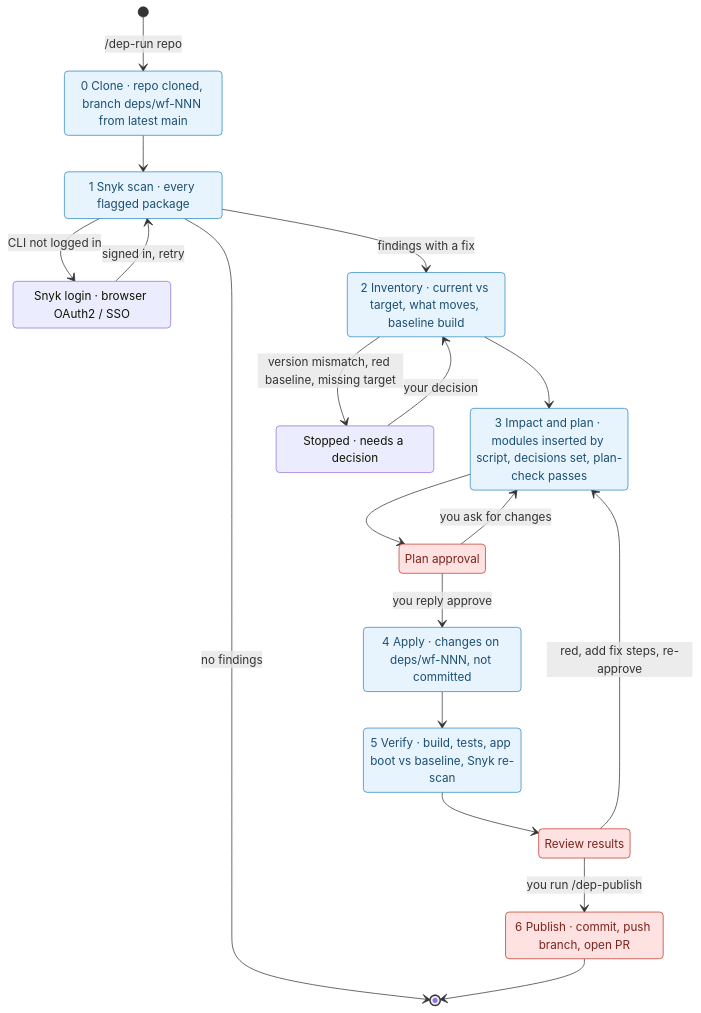
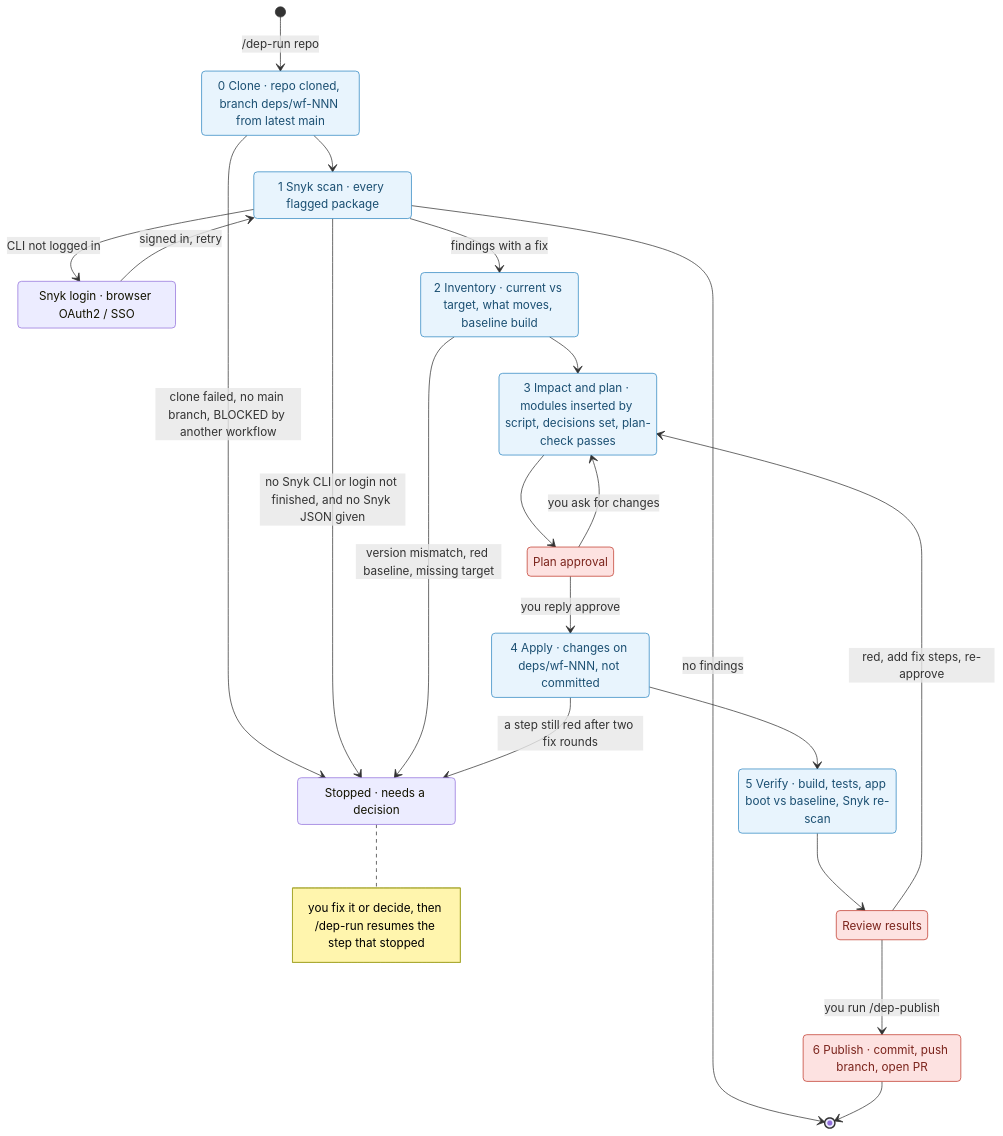
The second of 7 diagrams in docs/ARCHITECTURE.md (elinasarvari/snyk-update-package), drawn with Mermaid before and after one commit. The commit also changed other lines of this file, not shown here.

First line of the commit message:
Docs: /dep-run flow in ARCHITECTURE.md

````diff
--- a/docs/ARCHITECTURE.md
+++ b/docs/ARCHITECTURE.md
@@ -51,38 +52,41 @@
 ```mermaid
 stateDiagram-v2
     direction TB
     [*] --> Clone: /dep-run repo
     Clone: 0 Clone · repo cloned, branch deps/wf-NNN from latest main
     Scan: 1 Snyk scan · every flagged package
     Login: Snyk login · browser OAuth2 / SSO
     Inventory: 2 Inventory · current vs target, what moves, baseline build
     Analyze: 3 Impact and plan · modules inserted by script, decisions set, plan-check passes
     Approve: Plan approval
     Apply: 4 Apply · changes on deps/wf-NNN, not committed
     Verify: 5 Verify · build, tests, app boot vs baseline, Snyk re-scan
     Review: Review results
     Publish: 6 Publish · commit, push branch, open PR
     Blocked: Stopped · needs a decision
 
     Clone --> Scan
+    Clone --> Blocked: clone failed, no main branch, BLOCKED by another workflow
     Scan --> Login: CLI not logged in
     Login --> Scan: signed in, retry
     Scan --> Inventory: findings with a fix
     Scan --> [*]: no findings
+    Scan --> Blocked: no Snyk CLI or login not finished, and no Snyk JSON given
     Inventory --> Analyze
     Inventory --> Blocked: version mismatch, red baseline, missing target
-    Blocked --> Inventory: your decision
+    note right of Blocked: you fix it or decide, then /dep-run resumes the step that stopped
+    Apply --> Blocked: a step still red after two fix rounds
     Analyze --> Approve
     Approve --> Apply: you reply approve
     Approve --> Analyze: you ask for changes
     Apply --> Verify
     Verify --> Review
     Review --> Analyze: red, add fix steps, re-approve
     Review --> Publish: you run /dep-publish
     Publish --> [*]
 
     classDef gate fill:#fde2e1,stroke:#c0392b,color:#7b241c
     classDef auto fill:#e8f4fd,stroke:#2e86c1,color:#1b4f72
     class Approve,Review,Publish gate
     class Clone,Scan,Inventory,Analyze,Apply,Verify auto
 ```
````
